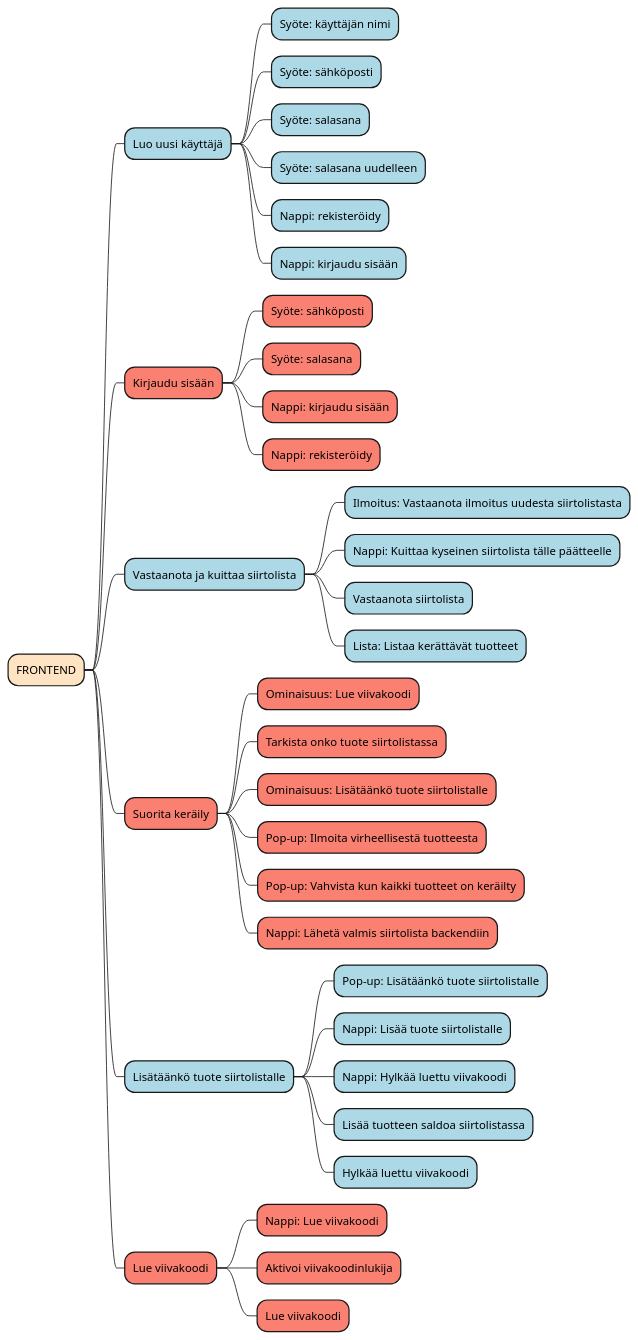
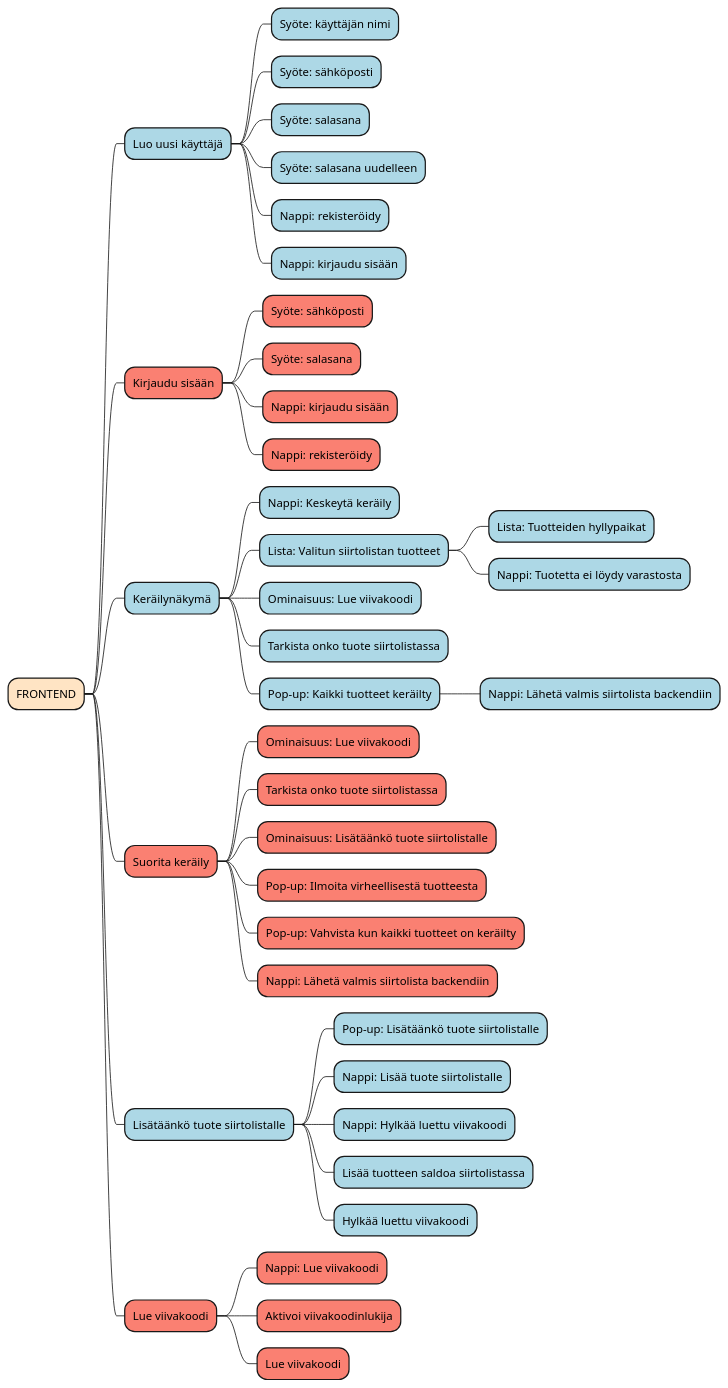
One commit to Pipe80/Varastonhallintasovellus changed the first of 2 diagrams in requirements/vaatimusmaarittely.md. Above: the diagram before and after it, drawn with PlantUML.

Commit message:
Replaced 'Vastaanota ja kuittaa siirtolista' feature with 'Keräilynäkymä' -feature in Frontend mindmap.

````diff
--- a/requirements/vaatimusmaarittely.md
+++ b/requirements/vaatimusmaarittely.md
@@ -71,39 +71,43 @@
 ```plantuml
 @startmindmap
 +[#Bisque] FRONTEND
 ++[#LightBlue] Luo uusi käyttäjä
 +++[#LightBlue] Syöte: käyttäjän nimi
 +++[#LightBlue] Syöte: sähköposti
 +++[#LightBlue] Syöte: salasana
 +++[#LightBlue] Syöte: salasana uudelleen
 +++[#LightBlue] Nappi: rekisteröidy
 +++[#LightBlue] Nappi: kirjaudu sisään
 ++[#Salmon] Kirjaudu sisään
 +++[#Salmon] Syöte: sähköposti
 +++[#Salmon] Syöte: salasana
 +++[#Salmon] Nappi: kirjaudu sisään
 +++[#Salmon] Nappi: rekisteröidy
-++[#LightBlue] Vastaanota ja kuittaa siirtolista
-+++[#LightBlue] Ilmoitus: Vastaanota ilmoitus uudesta siirtolistasta
-+++[#LightBlue] Nappi: Kuittaa kyseinen siirtolista tälle päätteelle
-+++[#LightBlue] Vastaanota siirtolista
-+++[#LightBlue] Lista: Listaa kerättävät tuotteet
+++[#LightBlue] Keräilynäkymä
++++[#LightBlue] Nappi: Keskeytä keräily
++++[#LightBlue] Lista: Valitun siirtolistan tuotteet
+++++[#LightBlue] Lista: Tuotteiden hyllypaikat
+++++[#LightBlue] Nappi: Tuotetta ei löydy varastosta
++++[#LightBlue] Ominaisuus: Lue viivakoodi
++++[#LightBlue] Tarkista onko tuote siirtolistassa
++++[#LightBlue] Pop-up: Kaikki tuotteet keräilty
+++++[#LightBlue] Nappi: Lähetä valmis siirtolista backendiin
 ++[#Salmon] Suorita keräily
 +++[#Salmon] Ominaisuus: Lue viivakoodi
 +++[#Salmon] Tarkista onko tuote siirtolistassa
 +++[#Salmon] Ominaisuus: Lisätäänkö tuote siirtolistalle
 +++[#Salmon] Pop-up: Ilmoita virheellisestä tuotteesta
 +++[#Salmon] Pop-up: Vahvista kun kaikki tuotteet on keräilty
 +++[#Salmon] Nappi: Lähetä valmis siirtolista backendiin
 ++[#LightBlue] Lisätäänkö tuote siirtolistalle
 +++[#LightBlue] Pop-up: Lisätäänkö tuote siirtolistalle
 +++[#LightBlue] Nappi: Lisää tuote siirtolistalle
 +++[#LightBlue] Nappi: Hylkää luettu viivakoodi
 +++[#LightBlue] Lisää tuotteen saldoa siirtolistassa
 +++[#LightBlue] Hylkää luettu viivakoodi
 ++[#Salmon] Lue viivakoodi
 +++[#Salmon] Nappi: Lue viivakoodi
 +++[#Salmon] Aktivoi viivakoodinlukija
 +++[#Salmon] Lue viivakoodi
 @endmindmap
 ```
````
